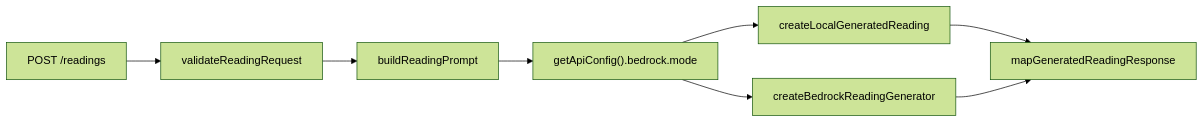
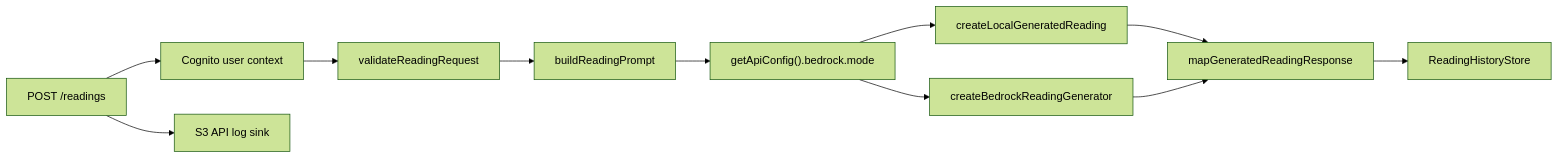
The first of 2 diagrams in .agents/bedrock-rag-api-reference.md (ava-collins/simple-tarot), drawn with Mermaid (forest theme) before and after one commit. The commit also changed other lines of this file and 7 other files, not shown here.

Commit message:
docs(account): update READMEs and add user reading persistence doc

````diff
--- a/.agents/bedrock-rag-api-reference.md
+++ b/.agents/bedrock-rag-api-reference.md
@@ -41,18 +57,24 @@
 ```mermaid
 flowchart LR
     Req["POST /readings"]
+    Auth["Cognito user context"]
     Validate["validateReadingRequest"]
     Prompt["buildReadingPrompt"]
     Mode["getApiConfig().bedrock.mode"]
     Local["createLocalGeneratedReading"]
     Bedrock["createBedrockReadingGenerator"]
     Map["mapGeneratedReadingResponse"]
+    Store["ReadingHistoryStore"]
+    Logs["S3 API log sink"]
 
-    Req --> Validate
+    Req --> Auth
+    Auth --> Validate
     Validate --> Prompt
     Prompt --> Mode
     Mode --> Local
     Mode --> Bedrock
     Local --> Map
     Bedrock --> Map
+    Map --> Store
+    Req --> Logs
 ```
````
